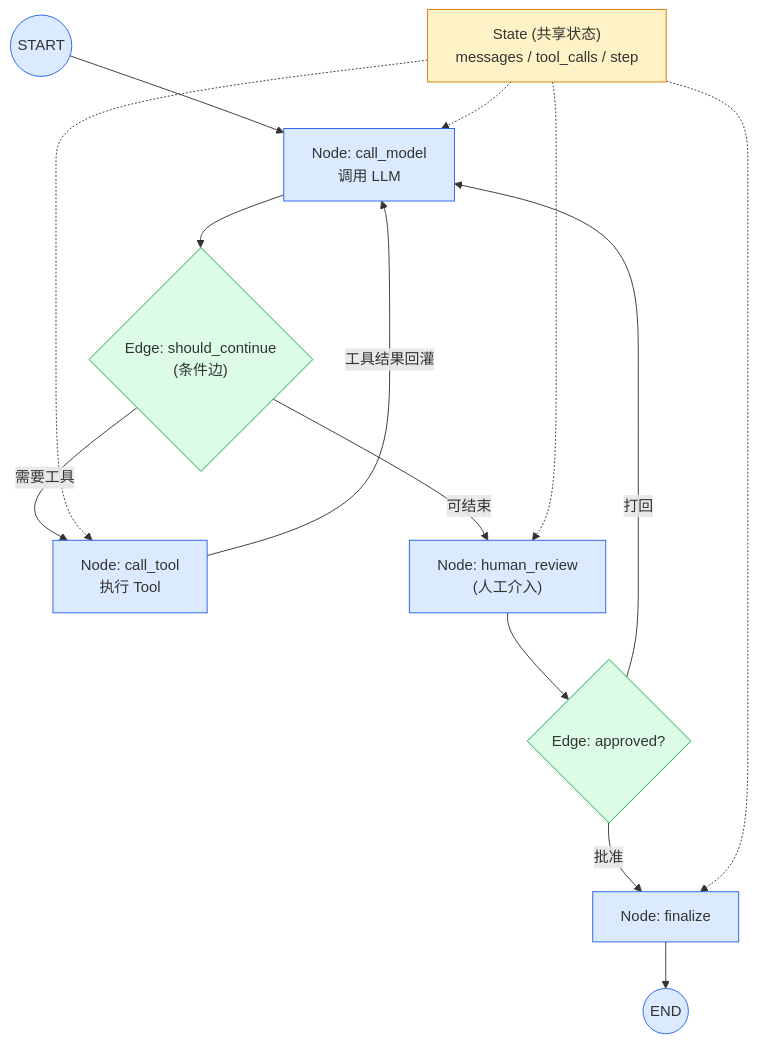
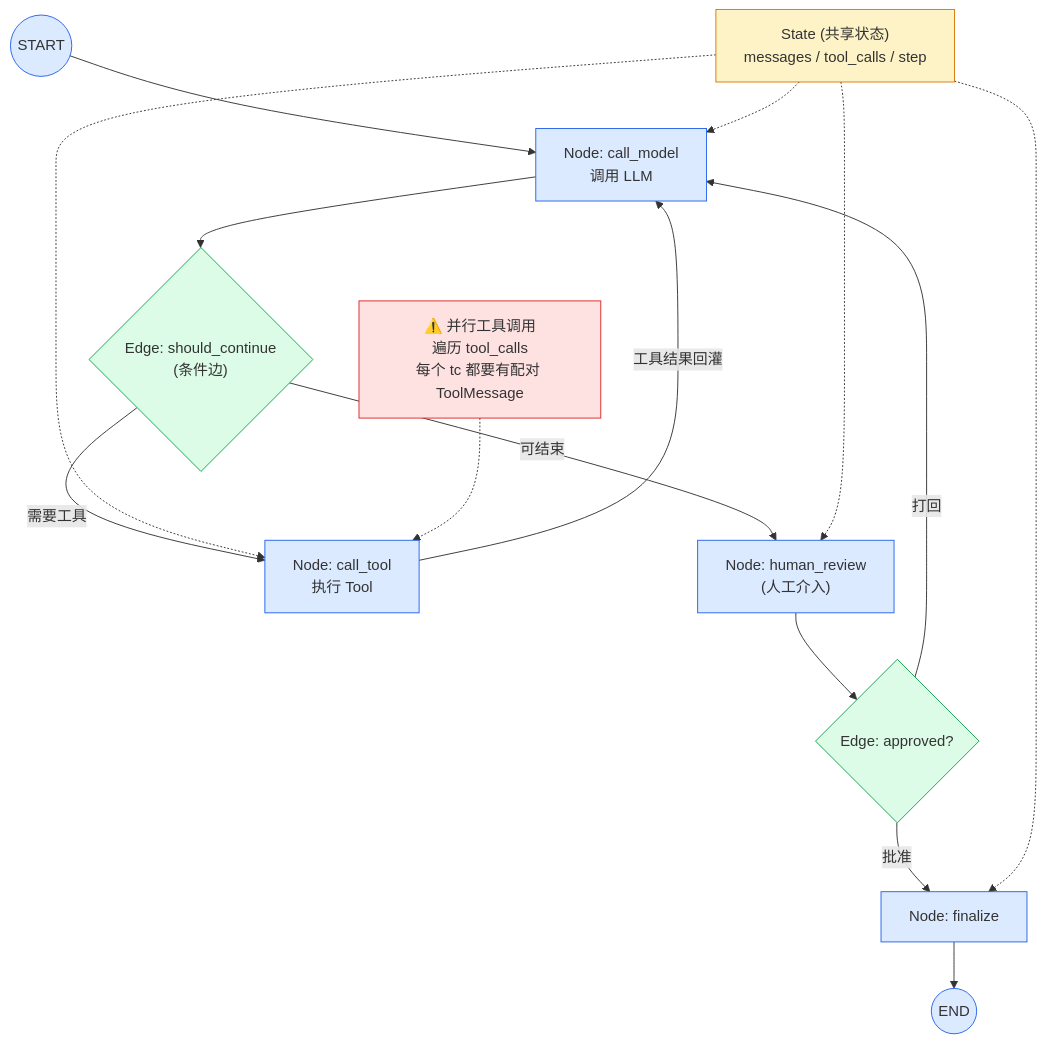
The diagram in ai/AI-Native-Development/chapters/04_langgraph.md (stickgoal/trainning), drawn with Mermaid before and after one commit. The commit also changed other lines of this file and 205 other files, not shown here.

````diff
--- a/ai/AI-Native-Development/chapters/04_langgraph.md
+++ b/ai/AI-Native-Development/chapters/04_langgraph.md
@@ -101,29 +101,33 @@
 ```mermaid
 %% 第4章 · LangGraph 架构
 %% Graph / Node / Edge / State —— 显式状态机
 graph TB
     START((START)) --> N1["Node: call_model<br/>调用 LLM"]
 
     N1 --> ED1{"Edge: should_continue<br/>(条件边)"}
     ED1 -->|"需要工具"| N2["Node: call_tool<br/>执行 Tool"]
     ED1 -->|"可结束"| N3["Node: human_review<br/>(人工介入)"]
 
     N2 -->|"工具结果回灌"| N1
     N3 --> ED2{"Edge: approved?"}
     ED2 -->|"批准"| N4["Node: finalize"]
     ED2 -->|"打回"| N1
 
     N4 --> END((END))
 
     STATE["State (共享状态)<br/>messages / tool_calls / step"] -.-> N1
     STATE -.-> N2
     STATE -.-> N3
     STATE -.-> N4
 
+    N2NOTE["⚠️ 并行工具调用<br/>遍历 tool_calls<br/>每个 tc 都要有配对 ToolMessage"] -.-> N2
+
     classDef st fill:#fef3c7,stroke:#d97706,color:#333
     classDef node fill:#dbeafe,stroke:#2563eb,color:#333
     classDef edge fill:#dcfce7,stroke:#16a34a,color:#333
+    classDef warn fill:#fee2e2,stroke:#dc2626,color:#333
     class STATE st
     class N1,N2,N3,N4 node
     class ED1,ED2 edge
+    class N2NOTE warn
 ```
````
